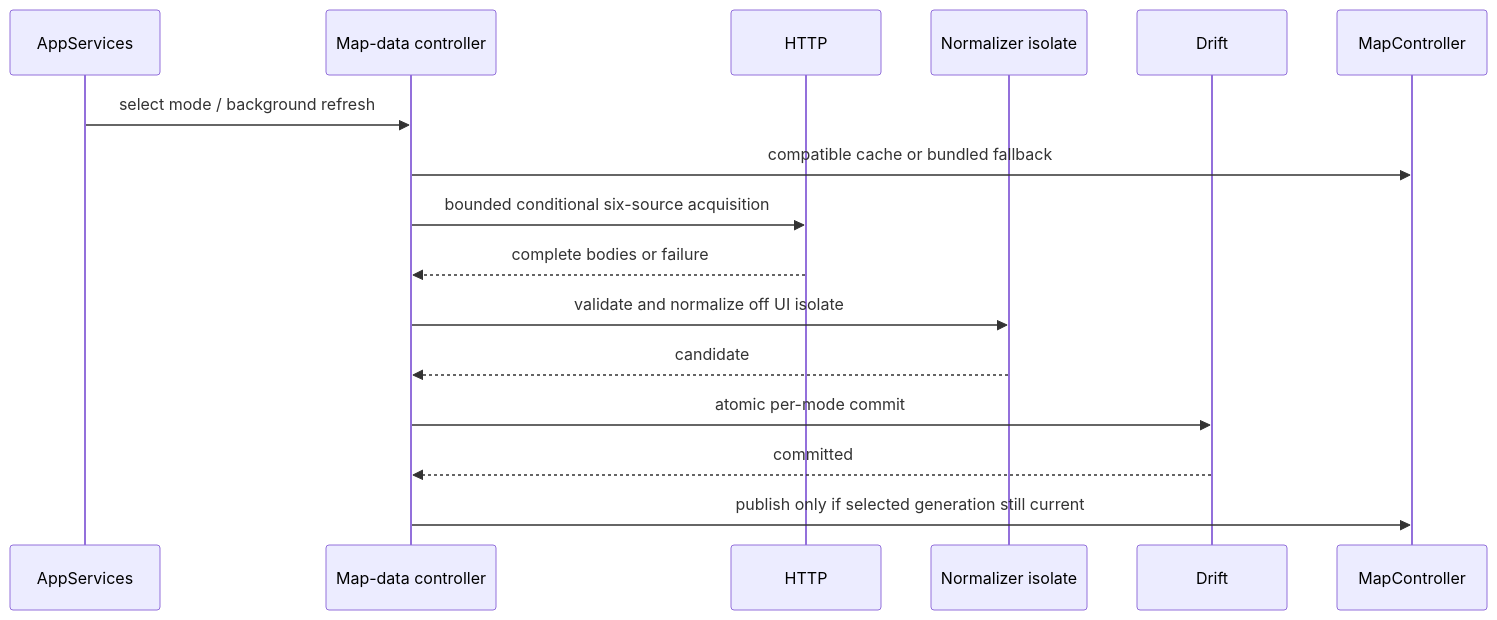
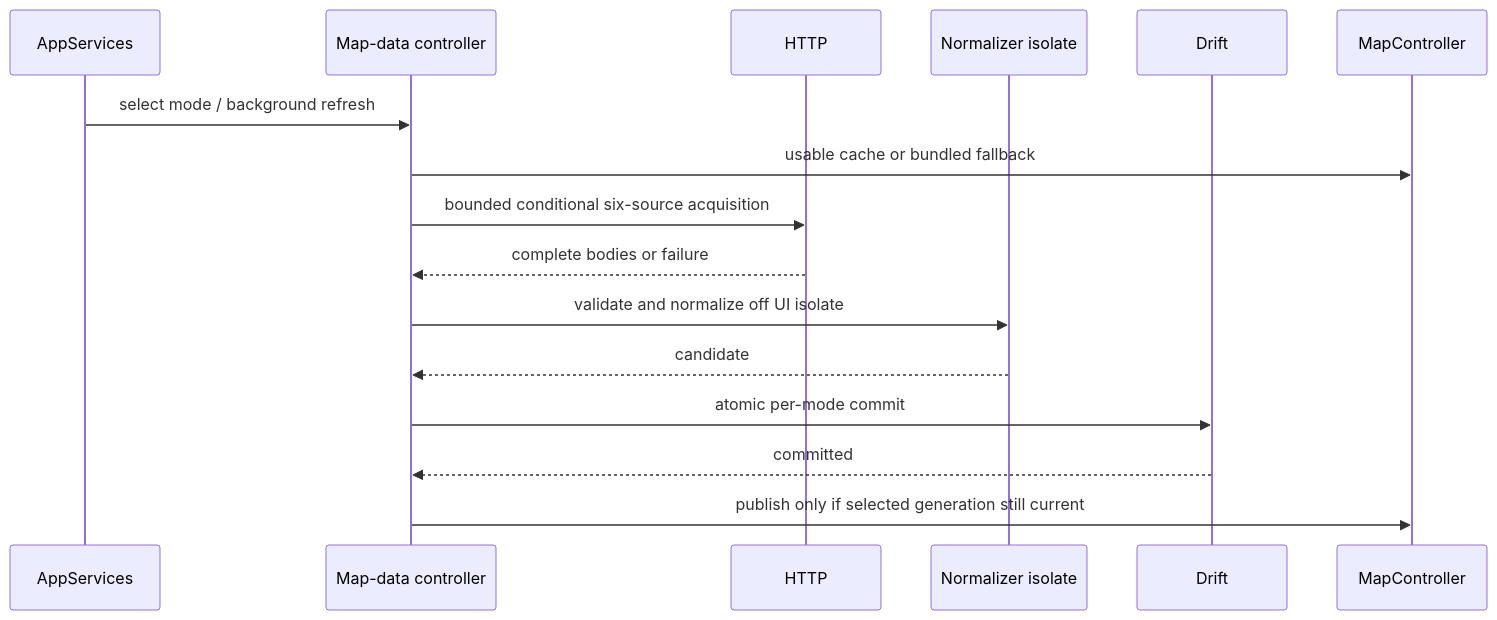
Before and after one commit to sh1ny/blackgrid: the third of 4 diagrams in openspec/changes/add-live-map-data/design.md, drawn with Mermaid. The commit also changed other lines of this file and 37 other files, not shown here.

````diff
--- a/openspec/changes/add-live-map-data/design.md
+++ b/openspec/changes/add-live-map-data/design.md
@@ -156,18 +156,18 @@
 ```mermaid
 sequenceDiagram
   participant A as AppServices
   participant C as Map-data controller
   participant H as HTTP
   participant I as Normalizer isolate
   participant D as Drift
   participant M as MapController
   A->>C: select mode / background refresh
-  C->>M: compatible cache or bundled fallback
+  C->>M: usable cache or bundled fallback
   C->>H: bounded conditional six-source acquisition
   H-->>C: complete bodies or failure
   C->>I: validate and normalize off UI isolate
   I-->>C: candidate
   C->>D: atomic per-mode commit
   D-->>C: committed
   C->>M: publish only if selected generation still current
 ```
````
